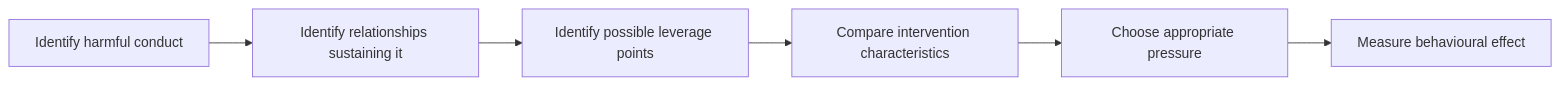
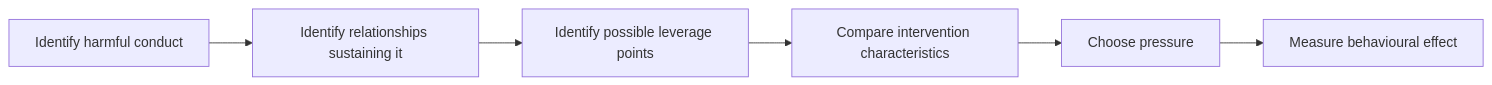
Before and after one commit to josefsbreakfast/Polaris-Protocol: the first of 14 diagrams in 🌓_3_In_The_Moment/📲_Press_Matters/🇵🇸_Palestine_Factchecking/🌍_Global_Powers/💸_incentivising_behavioural_change_and_bds.md, drawn with Mermaid. The commit also changed other lines of this file, not shown here.

````diff
--- a/🌓_3_In_The_Moment/📲_Press_Matters/🇵🇸_Palestine_Factchecking/🌍_Global_Powers/💸_incentivising_behavioural_change_and_bds.md
+++ b/🌓_3_In_The_Moment/📲_Press_Matters/🇵🇸_Palestine_Factchecking/🌍_Global_Powers/💸_incentivising_behavioural_change_and_bds.md
@@ -40,9 +25,9 @@
 ```mermaid
 flowchart LR
     A[Identify harmful conduct]
     --> B[Identify relationships sustaining it]
     --> C[Identify possible leverage points]
     --> D[Compare intervention characteristics]
-    --> E[Choose appropriate pressure]
+    --> E[Choose pressure]
     --> F[Measure behavioural effect]
 ```
````
